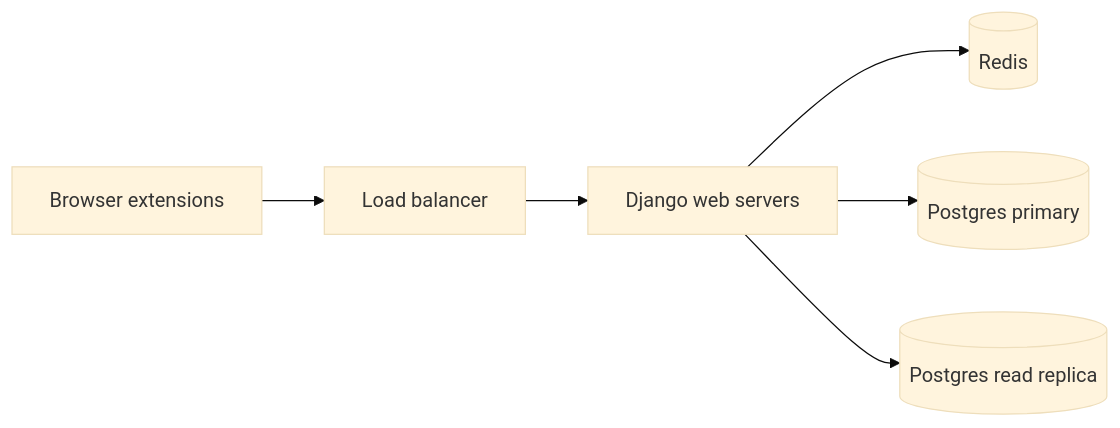
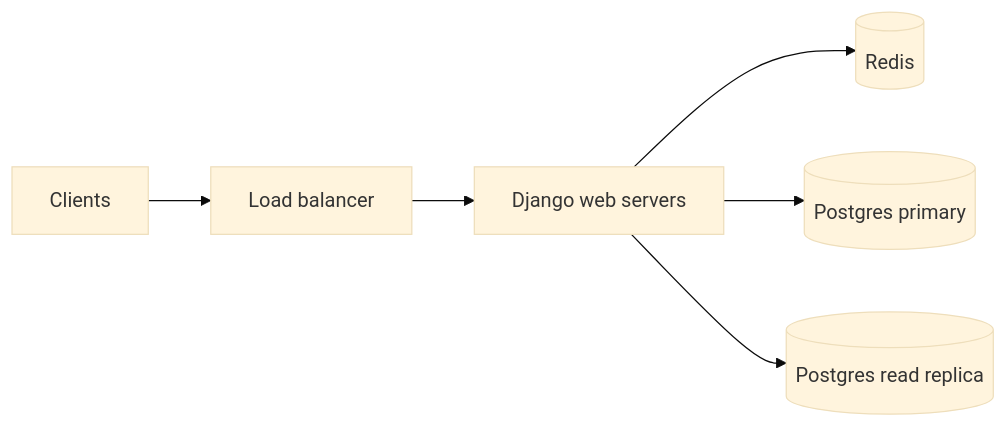
One commit to johnnymetz/johnny-metz-blog changed the diagram in content/posts/caching-at-scale-in-django.md. Above: the diagram before and after it, drawn with Mermaid (base theme). The commit also changed other lines of this file, not shown here.

````diff
--- a/content/posts/caching-at-scale-in-django.md
+++ b/content/posts/caching-at-scale-in-django.md
@@ -20,8 +20,8 @@
 ```mermaid
 flowchart LR
-  C[Browser extensions] --> LB[Load balancer]
+  C[Clients] --> LB[Load balancer]
   LB --> W[Django web servers]
   W --> R[(Redis)]
   W --> P[(Postgres primary)]
   W --> RR[(Postgres read replica)]
 ```
````
